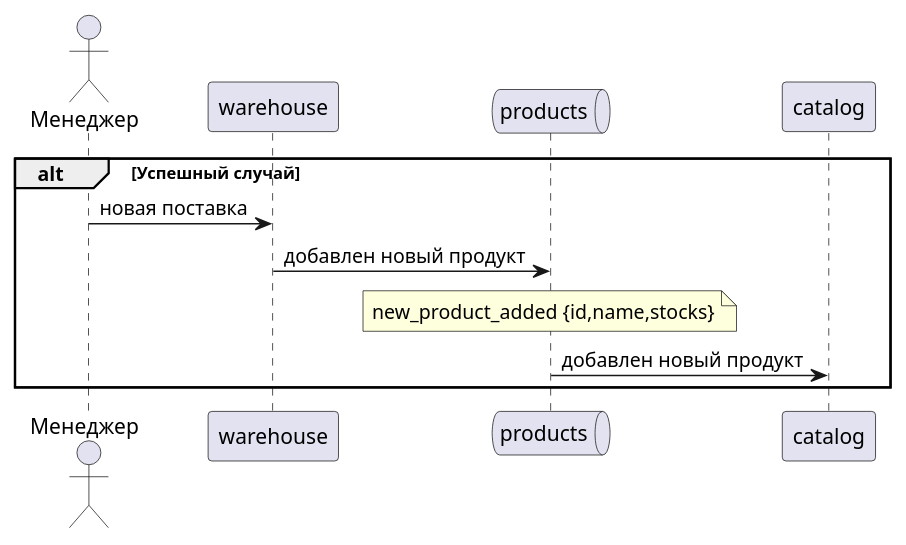
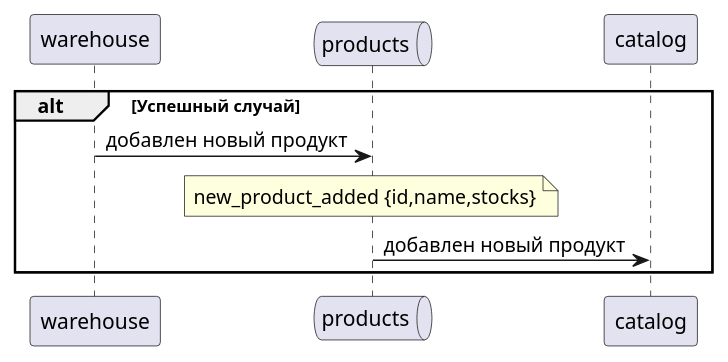
The diagram in services/catalog/use-cases/uc-4.md (gerzhan/knigaexpert-system-design), drawn with PlantUML before and after one commit. The commit also changed 6 other files, not shown here.

````diff
--- a/services/catalog/use-cases/uc-4.md
+++ b/services/catalog/use-cases/uc-4.md
@@ -3,15 +3,12 @@
 ```plantuml
-actor Менеджер as manager
 participant "warehouse" as warehouse
 queue "products" as products_queue
 participant "catalog" as catalog
 
 alt Успешный случай
-manager -> warehouse: новая поставка
-
 warehouse -> products_queue: добавлен новый продукт
 note over products_queue: new_product_added {id,name,stocks}
 
 products_queue -> catalog: добавлен новый продукт
 end
 ```
````
